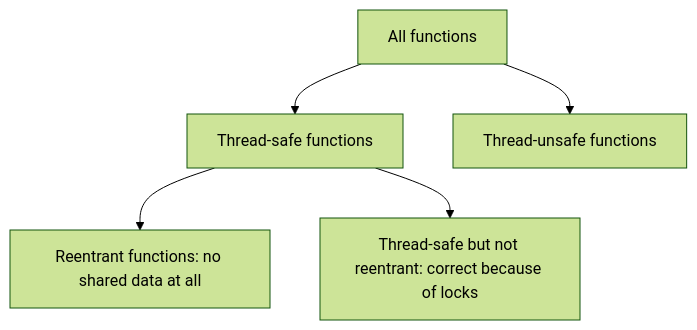
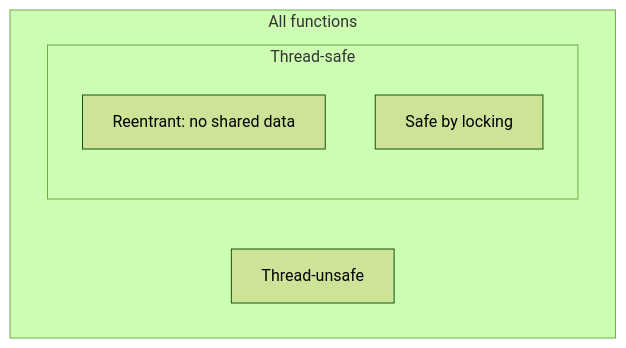
The first of 2 diagrams in src/csapp/lessons/33-concurrency-issues.md (alvinnew100/grand-line-study-guide), drawn with Mermaid (forest theme) before and after one commit. The commit also changed other lines of this file and 47 other files, not shown here.

````diff
--- a/src/csapp/lessons/33-concurrency-issues.md
+++ b/src/csapp/lessons/33-concurrency-issues.md
@@ -141,7 +157,10 @@
 ```mermaid
-graph TD
-  ALL["All functions"] --> TS["Thread-safe functions"]
-  ALL --> TU["Thread-unsafe functions"]
-  TS --> RE["Reentrant functions: no shared data at all"]
-  TS --> LK["Thread-safe but not reentrant: correct because of locks"]
+flowchart TB
+    subgraph All functions
+      subgraph Thread-safe
+        R[Reentrant: no shared data]
+        L[Safe by locking]
+      end
+      U[Thread-unsafe]
+    end
 ```
````
